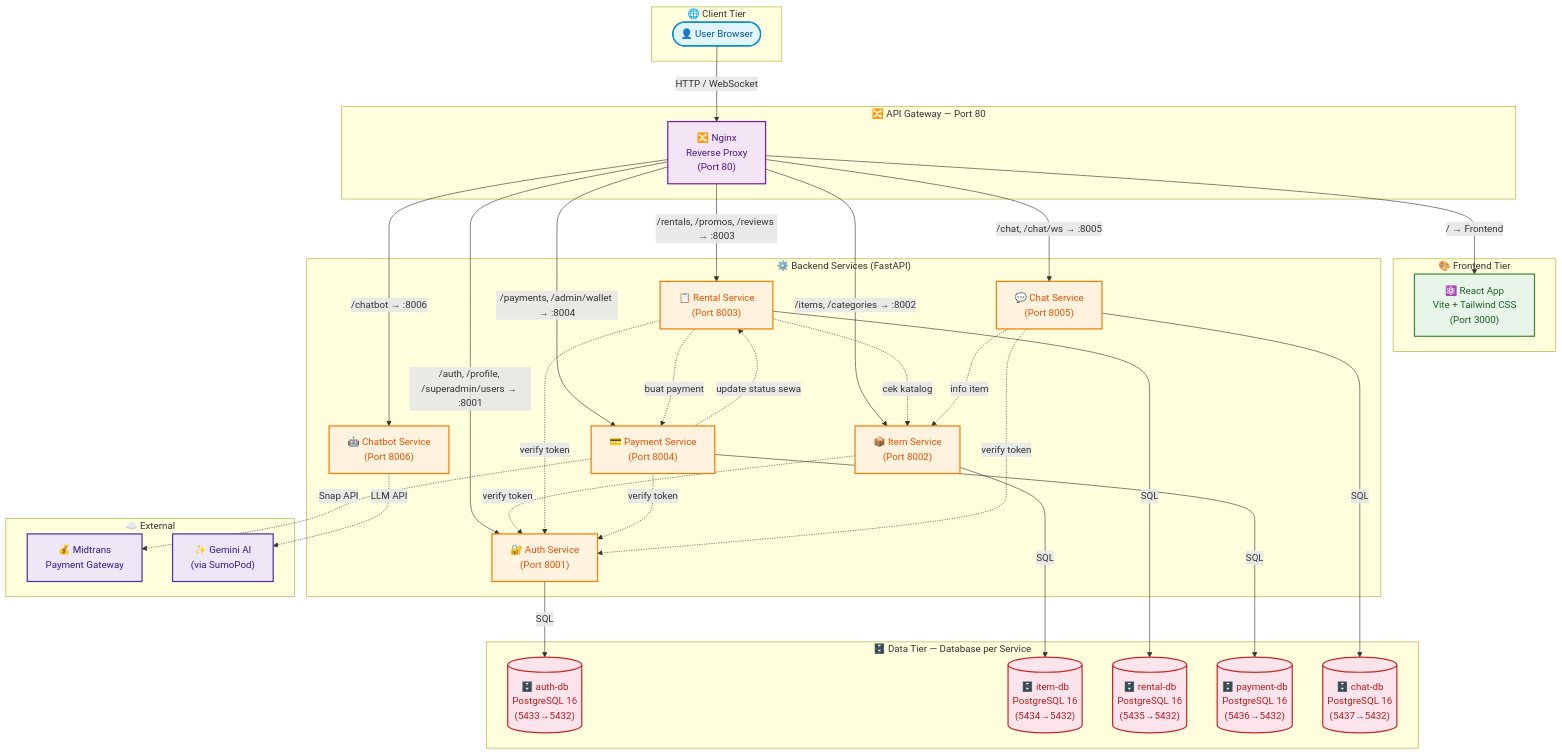
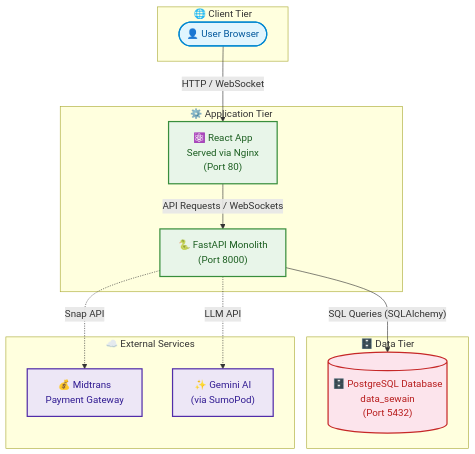
The first of 4 diagrams in README.md (aidilsaputrakirsan-classroom/cc-kelompok-harahetta-2), drawn with Mermaid before and after one commit. The commit also changed other lines of this file and 1 other file, not shown here.

````diff
--- a/README.md
+++ b/README.md
@@ -178,77 +175,36 @@
 ```mermaid
 graph TB
     subgraph CLIENT["🌐 Client Tier"]
         User([👤 User Browser])
     end
 
-    subgraph GATEWAY_TIER["🔀 API Gateway — Port 80"]
-        Gateway["🔀 Nginx\nReverse Proxy\n(Port 80)"]
+    subgraph APP_TIER["⚙️ Application Tier"]
+        Frontend["⚛️ React App\nServed via Nginx\n(Port 80)"]
+        Backend["🐍 FastAPI Monolith\n(Port 8000)"]
     end
 
-    subgraph FRONTEND_TIER["🎨 Frontend Tier"]
-        Frontend["⚛️ React App\nVite + Tailwind CSS\n(Port 3000)"]
+    subgraph DATA_TIER["🗄️ Data Tier"]
+        MonolithDB[("🗄️ PostgreSQL Database\ndata_sewain\n(Port 5432)")]
     end
 
-    subgraph BACKEND_TIER["⚙️ Backend Services (FastAPI)"]
-        AuthService["🔐 Auth Service\n(Port 8001)"]
-        ItemService["📦 Item Service\n(Port 8002)"]
-        RentalService["📋 Rental Service\n(Port 8003)"]
-        PaymentService["💳 Payment Service\n(Port 8004)"]
-        ChatService["💬 Chat Service\n(Port 8005)"]
-        ChatbotService["🤖 Chatbot Service\n(Port 8006)"]
-    end
-
-    subgraph DATA_TIER["🗄️ Data Tier — Database per Service"]
-        AuthDB[("🗄️ auth-db\nPostgreSQL 16\n(5433→5432)")]
-        ItemDB[("🗄️ item-db\nPostgreSQL 16\n(5434→5432)")]
-        RentalDB[("🗄️ rental-db\nPostgreSQL 16\n(5435→5432)")]
-        PaymentDB[("🗄️ payment-db\nPostgreSQL 16\n(5436→5432)")]
-        ChatDB[("🗄️ chat-db\nPostgreSQL 16\n(5437→5432)")]
-    end
-
-    subgraph EXTERNAL["☁️ External"]
+    subgraph EXTERNAL["☁️ External Services"]
         Midtrans["💰 Midtrans\nPayment Gateway"]
         Gemini["✨ Gemini AI\n(via SumoPod)"]
     end
 
-    User -->|"HTTP / WebSocket"| Gateway
-    Gateway -->|"/ → Frontend"| Frontend
-    Gateway -->|"/auth, /profile, /superadmin/users → :8001"| AuthService
-    Gateway -->|"/items, /categories → :8002"| ItemService
-    Gateway -->|"/rentals, /promos, /reviews → :8003"| RentalService
-    Gateway -->|"/payments, /admin/wallet → :8004"| PaymentService
-    Gateway -->|"/chat, /chat/ws → :8005"| ChatService
-    Gateway -->|"/chatbot → :8006"| ChatbotService
-
-    AuthService -->|"SQL"| AuthDB
-    ItemService -->|"SQL"| ItemDB
-    RentalService -->|"SQL"| RentalDB
-    PaymentService -->|"SQL"| PaymentDB
-    ChatService -->|"SQL"| ChatDB
-
-    ItemService -.->|"verify token"| AuthService
-    RentalService -.->|"verify token"| AuthService
-    RentalService -.->|"cek katalog"| ItemService
-    RentalService -.->|"buat payment"| PaymentService
-    PaymentService -.->|"verify token"| AuthService
-    PaymentService -.->|"update status sewa"| RentalService
-    ChatService -.->|"verify token"| AuthService
-    ChatService -.->|"info item"| ItemService
-
-    PaymentService -.->|"Snap API"| Midtrans
-    ChatbotService -.->|"LLM API"| Gemini
+    User -->|"HTTP / WebSocket"| Frontend
+    Frontend -->|"API Requests / WebSockets"| Backend
+    Backend -->|"SQL Queries (SQLAlchemy)"| MonolithDB
+    Backend -.->|"Snap API"| Midtrans
+    Backend -.->|"LLM API"| Gemini
 
     classDef client fill:#e1f5fe,stroke:#0288d1,stroke-width:2px,color:#01579b
-    classDef gateway fill:#f3e5f5,stroke:#7b1fa2,stroke-width:2px,color:#4a148c
-    classDef frontend fill:#e8f5e9,stroke:#388e3c,stroke-width:2px,color:#1b5e20
-    classDef service fill:#fff3e0,stroke:#f57c00,stroke-width:2px,color:#e65100
+    classDef app fill:#e8f5e9,stroke:#388e3c,stroke-width:2px,color:#1b5e20
     classDef db fill:#fce4ec,stroke:#c62828,stroke-width:2px,color:#b71c1c
     classDef ext fill:#ede7f6,stroke:#512da8,stroke-width:2px,color:#311b92
 
     class User client
-    class Gateway gateway
-    class Frontend frontend
-    class AuthService,ItemService,RentalService,PaymentService,ChatService,ChatbotService service
-    class AuthDB,ItemDB,RentalDB,PaymentDB,ChatDB db
+    class Frontend,Backend app
+    class MonolithDB db
     class Midtrans,Gemini ext
 ```
````
